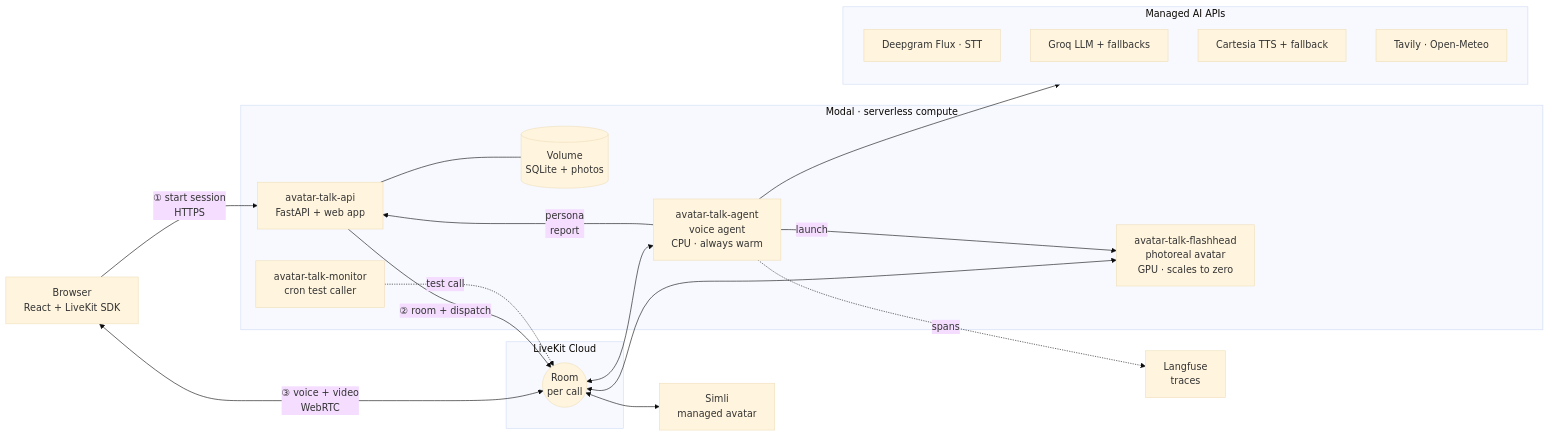
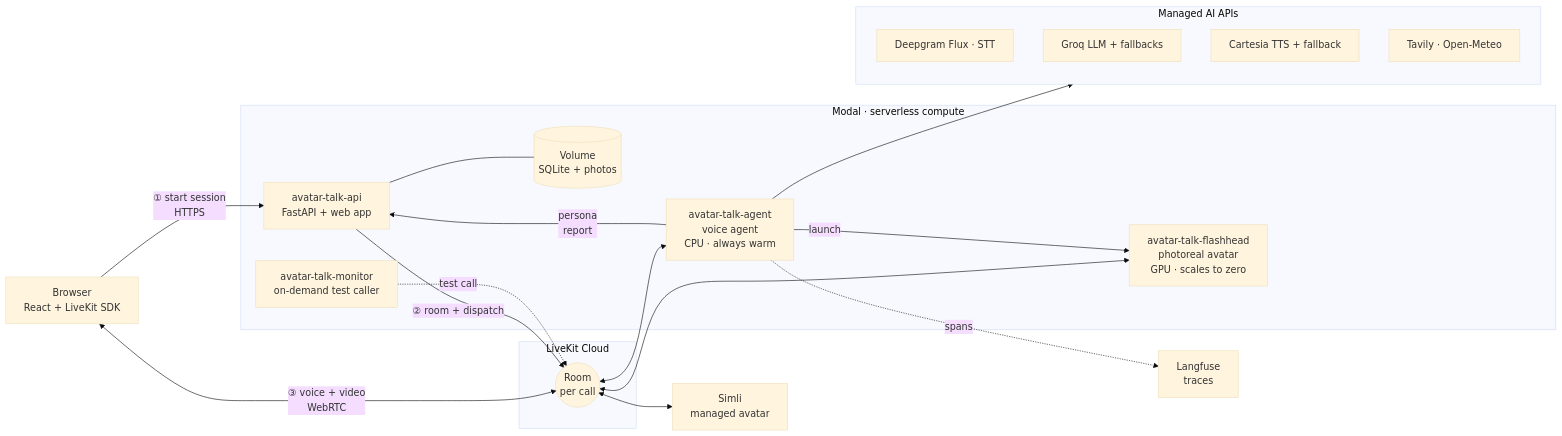
Before and after one commit to observer04/avatar-talk: the first of 7 diagrams in README.md, drawn with Mermaid (base theme). The commit also changed other lines of this file and 5 other files, not shown here.

````diff
--- a/README.md
+++ b/README.md
@@ -21,40 +21,40 @@
 ```mermaid
 flowchart LR
     U["Browser<br/>React + LiveKit SDK"]
 
     subgraph LK["LiveKit Cloud"]
         ROOM(("Room<br/>per call"))
     end
 
     SIMLI["Simli<br/>managed avatar"]
 
     subgraph Modal["Modal · serverless compute"]
         API["avatar-talk-api<br/>FastAPI + web app"]
         VOL[("Volume<br/>SQLite + photos")]
         AGENT["avatar-talk-agent<br/>voice agent<br/>CPU · always warm"]
         GPU["avatar-talk-flashhead<br/>photoreal avatar<br/>GPU · scales to zero"]
-        MON["avatar-talk-monitor<br/>cron test caller"]
+        MON["avatar-talk-monitor<br/>on-demand test caller"]
     end
 
     subgraph AI["Managed AI APIs"]
         STT["Deepgram Flux · STT"]
         LLM["Groq LLM + fallbacks"]
         TTS["Cartesia TTS + fallback"]
         TOOLS["Tavily · Open-Meteo"]
     end
 
     OBS["Langfuse<br/>traces"]
 
     U -- "① start session<br/>HTTPS" --> API
     API -- "② room + dispatch" --> ROOM
     U <-- "③ voice + video<br/>WebRTC" --> ROOM
     ROOM <--> AGENT
     ROOM <--> GPU
     ROOM <--> SIMLI
     API --- VOL
     AGENT -- "persona<br/>report" --> API
     AGENT -- "launch" --> GPU
     AGENT --> AI
     AGENT -. "spans" .-> OBS
     MON -. "test call" .-> ROOM
 ```
````
